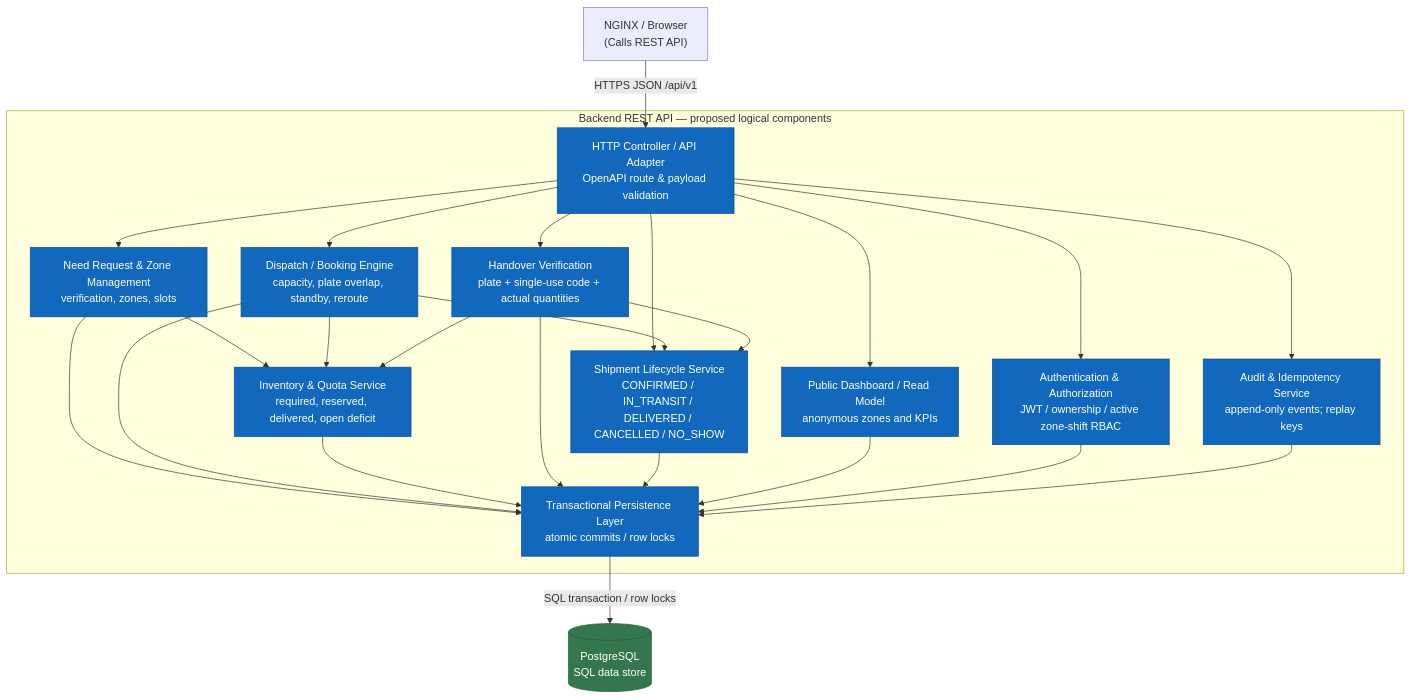
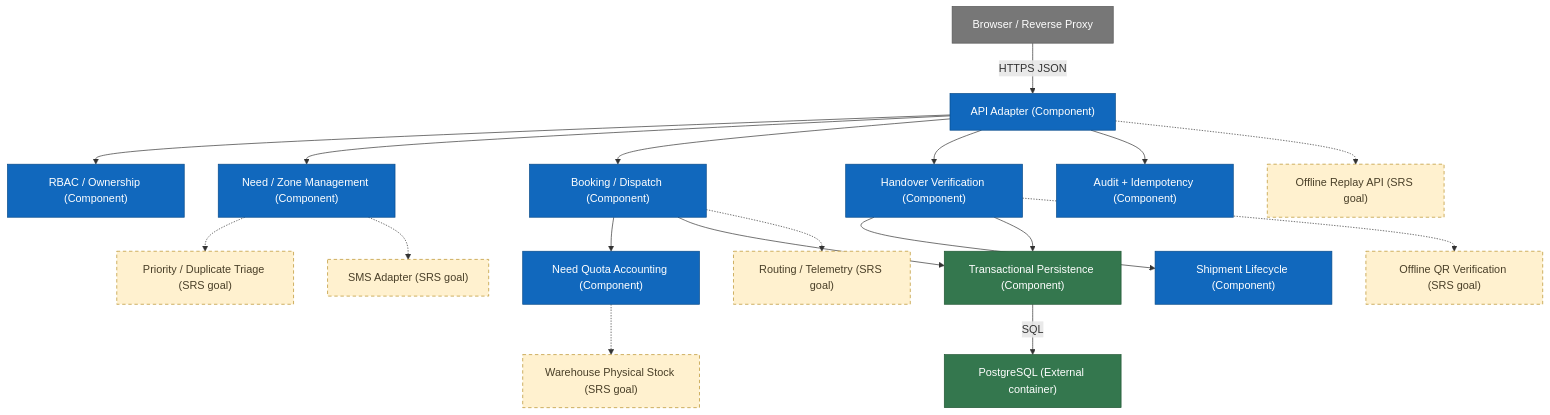
Before and after one commit to CoskunerBerke/AFLOS: the diagram in docs/architecture/diagrams/c4_level3_components.mmd, drawn with Mermaid. The commit also changed 10 other files, not shown here.

Commit message:
docs(architecture): align C4 model with Sprint 2 SRS

```diff
--- a/docs/architecture/diagrams/c4_level3_components.mmd
+++ b/docs/architecture/diagrams/c4_level3_components.mmd
@@ -1,44 +1,26 @@
 flowchart TB
-    HTTP["NGINX / Browser<br/>(Calls REST API)"]
-
-    subgraph Backend["Backend REST API — proposed logical components"]
-        Router["HTTP Controller / API Adapter<br/>OpenAPI route & payload validation"]
-        Auth["Authentication & Authorization<br/>JWT / ownership / active zone-shift RBAC"]
-        Need["Need Request & Zone Management<br/>verification, zones, slots"]
-        Dispatch["Dispatch / Booking Engine<br/>capacity, plate overlap, standby, reroute"]
-        Inventory["Inventory & Quota Service<br/>required, reserved, delivered, open deficit"]
-        Handover["Handover Verification<br/>plate + single-use code + actual quantities"]
-        State["Shipment Lifecycle Service<br/>CONFIRMED / IN_TRANSIT / DELIVERED / CANCELLED / NO_SHOW"]
-        Read["Public Dashboard / Read Model<br/>anonymous zones and KPIs"]
-        Audit["Audit & Idempotency Service<br/>append-only events; replay keys"]
-        Txn["Transactional Persistence Layer<br/>atomic commits / row locks"]
-    end
-    DB[("PostgreSQL<br/>SQL data store")]
-
-    HTTP -->|"HTTPS JSON /api/v1"| Router
-    Router --> Auth
-    Router --> Need
-    Router --> Dispatch
-    Router --> Handover
-    Router --> State
-    Router --> Read
-    Router --> Audit
-    Need --> Inventory
-    Dispatch --> Inventory
-    Dispatch --> State
-    Handover --> Inventory
-    Handover --> State
-    Need --> Txn
-    Dispatch --> Txn
-    Inventory --> Txn
-    Handover --> Txn
-    State --> Txn
-    Read --> Txn
-    Auth --> Txn
-    Audit --> Txn
-    Txn -->|"SQL transaction / row locks"| DB
-
-    classDef component fill:#1168bd,color:#fff,stroke:#084b8a
-    classDef database fill:#34774e,color:#fff,stroke:#215c35
-    class Router,Auth,Need,Dispatch,Inventory,Handover,State,Read,Audit,Txn component
-    class DB database
+  Client["Browser / Reverse Proxy"] -->|HTTPS JSON| Router["API Adapter (Component)"]
+  Router --> Auth["RBAC / Ownership (Component)"]
+  Router --> Needs["Need / Zone Management (Component)"]
+  Router --> Booking["Booking / Dispatch (Component)"]
+  Router --> Handover["Handover Verification (Component)"]
+  Router --> Audit["Audit + Idempotency (Component)"]
+  Booking --> Quota["Need Quota Accounting (Component)"]
+  Handover --> Lifecycle["Shipment Lifecycle (Component)"]
+  Booking --> Persist["Transactional Persistence (Component)"]
+  Handover --> Persist
+  Persist -->|SQL| DB["PostgreSQL (External container)"]
+  Needs -.-> Triage["Priority / Duplicate Triage (SRS goal)"]
+  Needs -.-> SMS["SMS Adapter (SRS goal)"]
+  Booking -.-> Routing["Routing / Telemetry (SRS goal)"]
+  Quota -.-> Warehouse["Warehouse Physical Stock (SRS goal)"]
+  Handover -.-> QR["Offline QR Verification (SRS goal)"]
+  Router -.-> Sync["Offline Replay API (SRS goal)"]
+  classDef baseline fill:#1168bd,color:#fff,stroke:#084b8a
+  classDef data fill:#34774e,color:#fff,stroke:#205632
+  classDef external fill:#777,color:#fff,stroke:#555
+  classDef proposal fill:#fff1cf,color:#493f28,stroke:#b78e24,stroke-dasharray:5 4
+  class Router,Auth,Needs,Booking,Handover,Audit,Quota,Lifecycle baseline
+  class Persist,DB data
+  class Client external
+  class Triage,SMS,Routing,Warehouse,QR,Sync proposal
```
